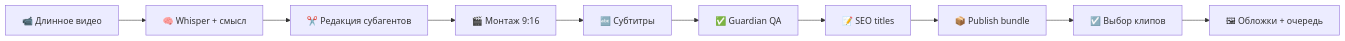
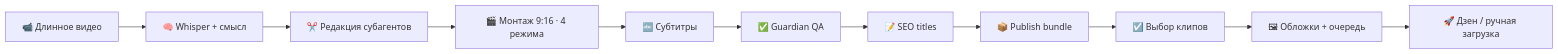
Before and after one commit to Horosheff/hyperion-reels: the diagram in README.md, drawn with Mermaid. The commit also changed other lines of this file and 1 other file, not shown here.

````diff
--- a/README.md
+++ b/README.md
@@ -65,12 +76,13 @@
 ```mermaid
 flowchart LR
   A[📹 Длинное видео] --> B[🧠 Whisper + смысл]
   B --> C[✂️ Редакция субагентов]
-  C --> D[🎬 Монтаж 9:16]
+  C --> D[🎬 Монтаж 9:16 · 4 режима]
   D --> E[🔤 Субтитры]
   E --> F[✅ Guardian QA]
   F --> G[📝 SEO titles]
   G --> H[📦 Publish bundle]
   H --> I[☑️ Выбор клипов]
   I --> J[🖼 Обложки + очередь]
+  J --> K[🚀 Дзен / ручная загрузка]
 ```
````
